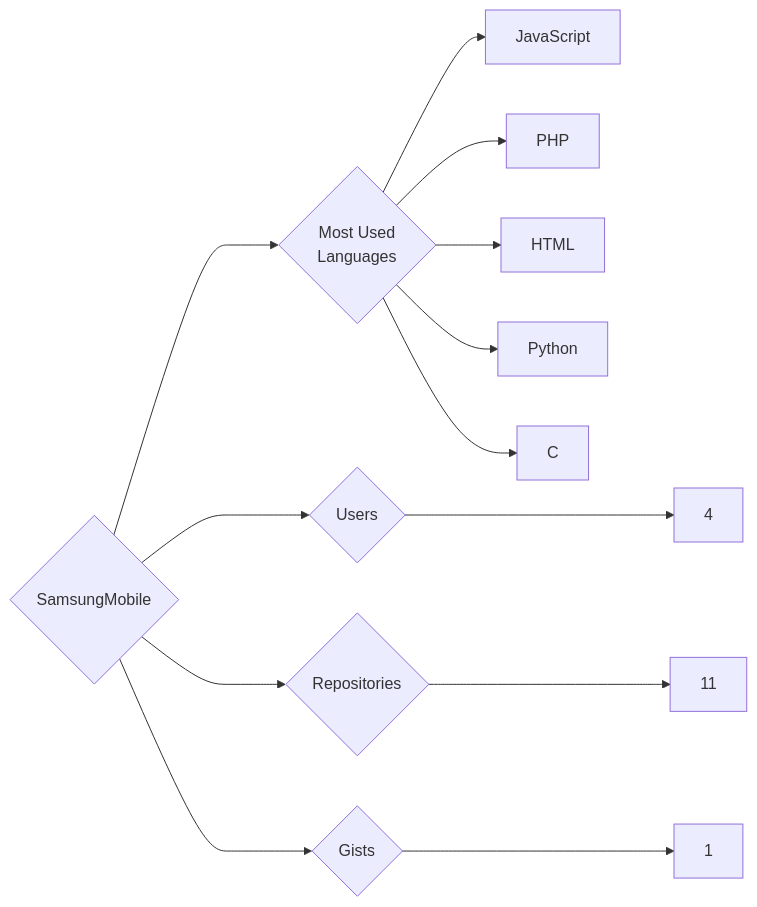
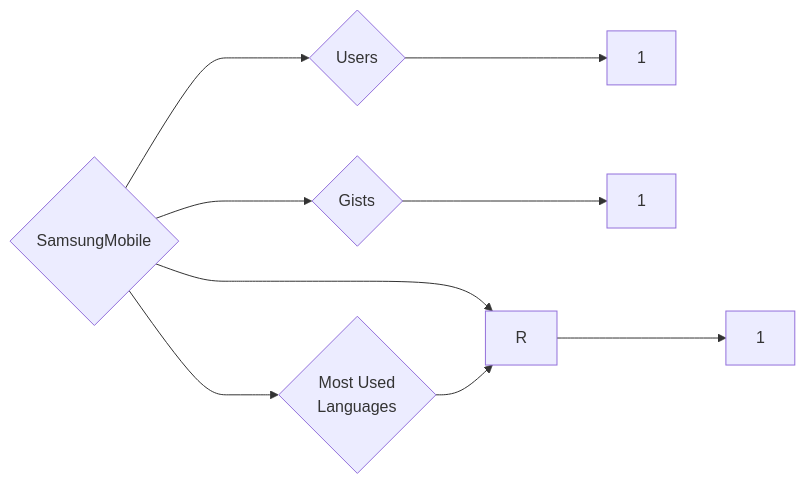
One commit to trickest/insiders changed the diagram in targets/SamsungMobile/README.md. Above: the diagram before and after it, drawn with Mermaid. The commit also changed 597 other files, not shown here.

````diff
--- a/targets/SamsungMobile/README.md
+++ b/targets/SamsungMobile/README.md
@@ -3,13 +3,9 @@
 ```mermaid
 graph LR
 COMPANY_NAME{SamsungMobile}
-COMPANY_NAME ---> U{Users} ---> UN[4]
-COMPANY_NAME ---> R{Repositories} ---> RN[11]
+COMPANY_NAME ---> U{Users} ---> UN[1]
+COMPANY_NAME ---> R{Repositories} ---> RN[1]
 COMPANY_NAME ---> G{Gists} ---> GN[1]
 COMPANY_NAME ---> ML{Most Used<br>Languages}
-ML --> JavaScript[JavaScript]
-ML --> PHP[PHP]
-ML --> HTML[HTML]
-ML --> Python[Python]
-ML --> C[C]
+ML --> R[R]
 ```
````
